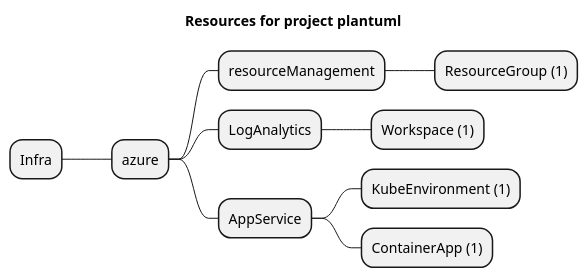
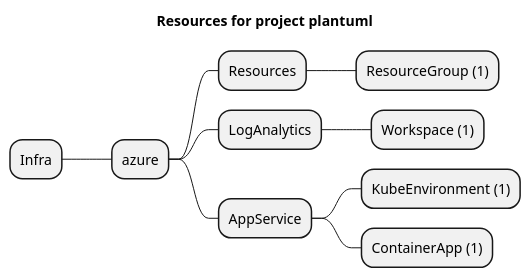
Before and after one commit to grucloud/grucloud: the diagram in examples/azure/container-apps/plantuml/artifacts/resources-mindmap.puml, drawn with PlantUML. The commit also changed 32 other files, not shown here.

Commit message:
resourceManagement => Resources

```diff
--- a/examples/azure/container-apps/plantuml/artifacts/resources-mindmap.puml
+++ b/examples/azure/container-apps/plantuml/artifacts/resources-mindmap.puml
@@ -1,13 +1,13 @@
 @startmindmap
 title Resources for project plantuml
 skinparam monochrome true
 + Infra
 ++ azure
-+++ resourceManagement
++++ Resources
 ++++ ResourceGroup (1)
 +++ LogAnalytics
 ++++ Workspace (1)
 +++ AppService
 ++++ KubeEnvironment (1)
 ++++ ContainerApp (1)
 @endmindmap
```
